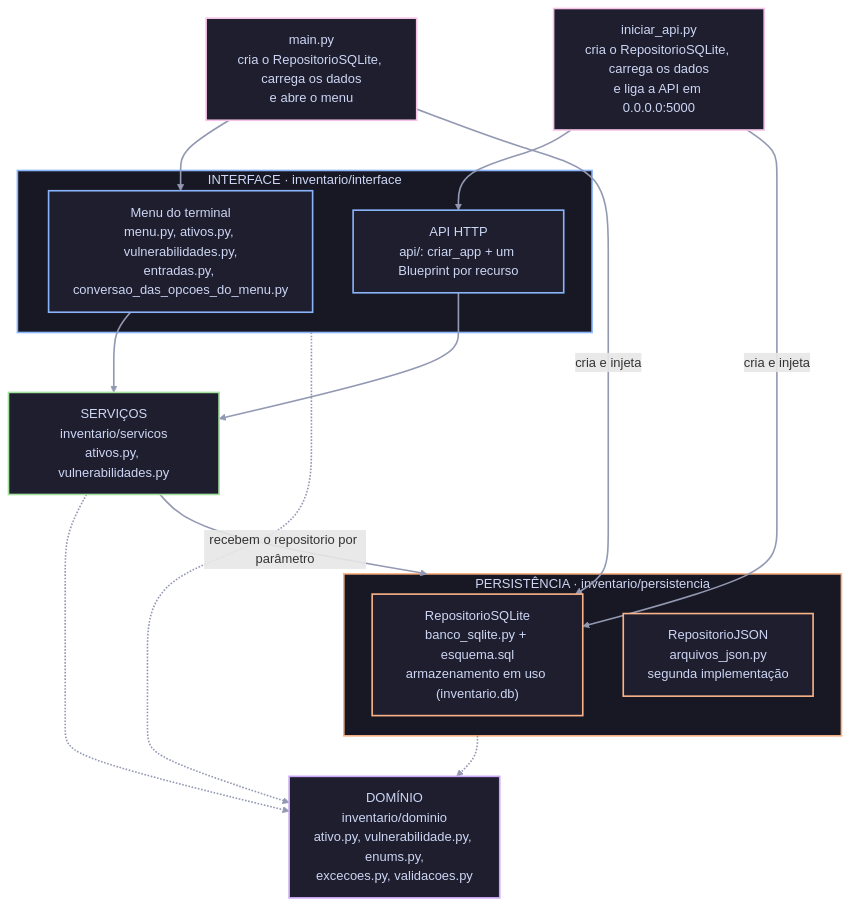
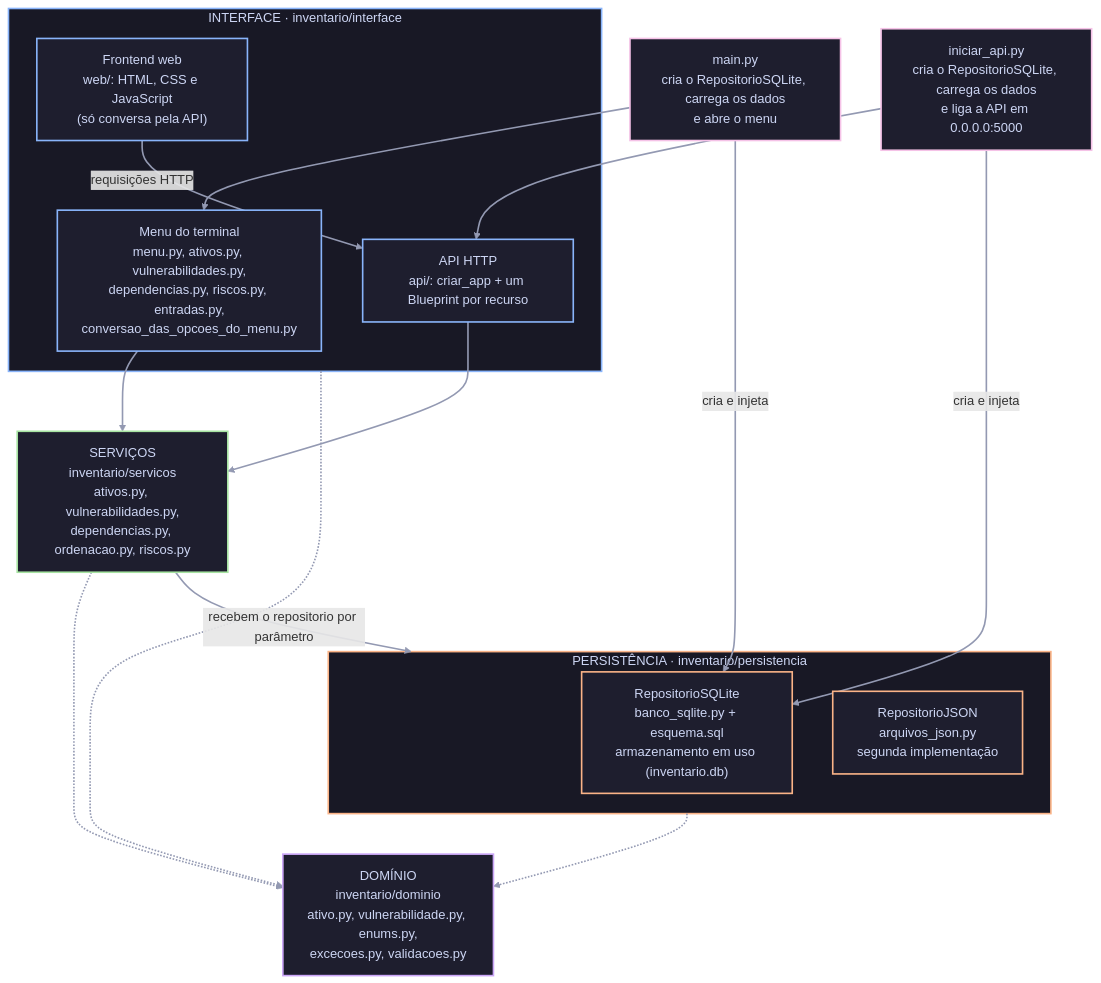
One commit to cadulugaresi/trab02_2026_2_12621cbs211 changed the diagram in docs/README.pt-br.md. Above: the diagram before and after it, drawn with Mermaid. The commit also changed other lines of this file and 1 other file, not shown here.

````diff
--- a/docs/README.pt-br.md
+++ b/docs/README.pt-br.md
@@ -121,42 +305,44 @@
 ```mermaid
 flowchart TD
     main["main.py<br/>cria o RepositorioSQLite, carrega os dados<br/>e abre o menu"]
     iniciarApi["iniciar_api.py<br/>cria o RepositorioSQLite, carrega os dados<br/>e liga a API em 0.0.0.0:5000"]
     subgraph interface["INTERFACE · inventario/interface"]
-        menu["Menu do terminal<br/>menu.py, ativos.py, vulnerabilidades.py,<br/>entradas.py, conversao_das_opcoes_do_menu.py"]
+        menu["Menu do terminal<br/>menu.py, ativos.py, vulnerabilidades.py,<br/>dependencias.py, riscos.py, entradas.py,<br/>conversao_das_opcoes_do_menu.py"]
         api["API HTTP<br/>api/: criar_app + um Blueprint por recurso"]
+        web["Frontend web<br/>web/: HTML, CSS e JavaScript<br/>(só conversa pela API)"]
     end
-    servicos["SERVIÇOS<br/>inventario/servicos<br/>ativos.py, vulnerabilidades.py"]
+    servicos["SERVIÇOS<br/>inventario/servicos<br/>ativos.py, vulnerabilidades.py,<br/>dependencias.py, ordenacao.py, riscos.py"]
     subgraph persistencia["PERSISTÊNCIA · inventario/persistencia"]
         repositorioSQLite["RepositorioSQLite<br/>banco_sqlite.py + esquema.sql<br/>armazenamento em uso (inventario.db)"]
         repositorioJSON["RepositorioJSON<br/>arquivos_json.py<br/>segunda implementação"]
     end
     dominio["DOMÍNIO<br/>inventario/dominio<br/>ativo.py, vulnerabilidade.py, enums.py,<br/>excecoes.py, validacoes.py"]
 
     main --> menu
     main -->|cria e injeta| repositorioSQLite
     iniciarApi --> api
     iniciarApi -->|cria e injeta| repositorioSQLite
+    web -->|requisições HTTP| api
     menu --> servicos
     api --> servicos
     servicos -->|recebem o repositorio por parâmetro| persistencia
     interface -.-> dominio
     servicos -.-> dominio
     persistencia -.-> dominio
 
     classDef corMain fill:#1e1e2e,stroke:#f5c2e7,stroke-width:2px,color:#cdd6f4
     classDef corInterface fill:#1e1e2e,stroke:#89b4fa,stroke-width:2px,color:#cdd6f4
     classDef corServicos fill:#1e1e2e,stroke:#a6e3a1,stroke-width:2px,color:#cdd6f4
     classDef corPersistencia fill:#1e1e2e,stroke:#fab387,stroke-width:2px,color:#cdd6f4
     classDef corDominio fill:#1e1e2e,stroke:#cba6f7,stroke-width:2px,color:#cdd6f4
 
     class main,iniciarApi corMain
-    class menu,api corInterface
+    class menu,api,web corInterface
     class servicos corServicos
     class repositorioSQLite,repositorioJSON corPersistencia
     class dominio corDominio
     style interface fill:#181825,stroke:#89b4fa,stroke-width:2px,color:#cdd6f4
     style persistencia fill:#181825,stroke:#fab387,stroke-width:2px,color:#cdd6f4
 
     linkStyle default stroke:#9399b2,stroke-width:2px
 ```
````
